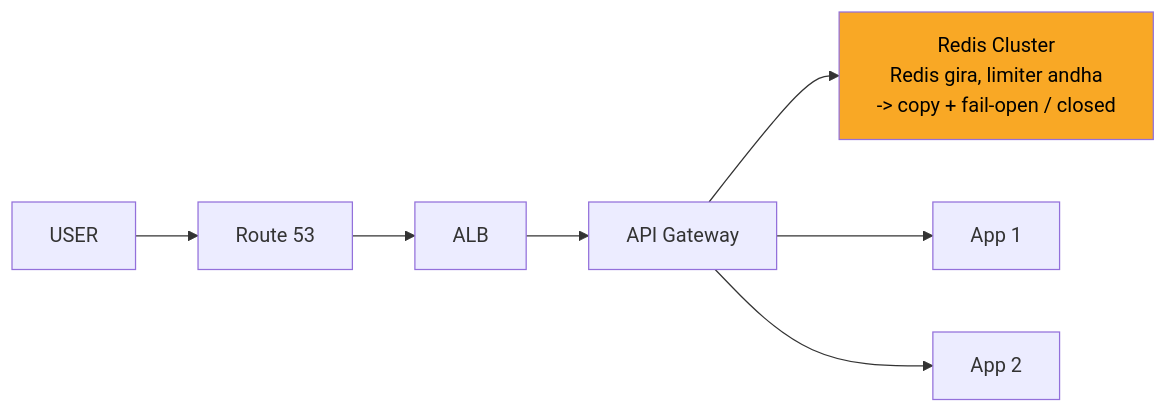
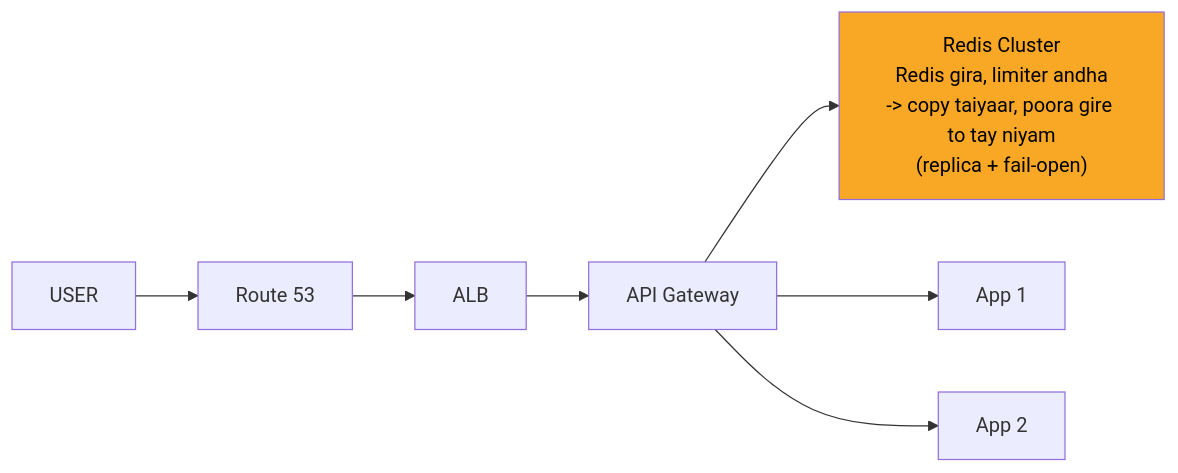
One commit to ArpanMaheshwari144/Prep changed the fifth of 11 diagrams in 04_HLD/SYSTEM_DESIGNS/02_rate_limiter/02_rate_limiter.md. Above: the diagram before and after it, drawn with Mermaid. The commit also changed other lines of this file and 13 other files, not shown here.

````diff
--- a/04_HLD/SYSTEM_DESIGNS/02_rate_limiter/02_rate_limiter.md
+++ b/04_HLD/SYSTEM_DESIGNS/02_rate_limiter/02_rate_limiter.md
@@ -215,17 +215,17 @@
 ```mermaid
 flowchart LR
     n_USER["USER"]
     n_Route_53["Route 53"]
     n_ALB["ALB"]
     n_API_Gateway["API Gateway"]
-    n_Redis_Cluster["Redis Cluster<br/>Redis gira, limiter andha<br/>-> copy + fail-open / closed"]
+    n_Redis_Cluster["Redis Cluster<br/>Redis gira, limiter andha<br/>-> copy taiyaar, poora gire to tay niyam<br/>(replica + fail-open)"]
     n_App_x_N_1["App 1"]
     n_App_x_N_2["App 2"]
     n_USER --> n_Route_53
     n_Route_53 --> n_ALB
     n_ALB --> n_API_Gateway
     n_API_Gateway --> n_Redis_Cluster
     n_API_Gateway --> n_App_x_N_1
     n_API_Gateway --> n_App_x_N_2
     style n_Redis_Cluster fill:#f9a825,color:#000
 ```
````
